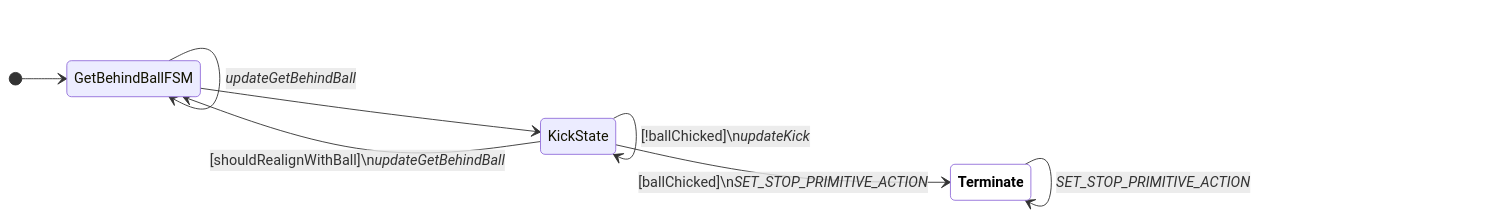
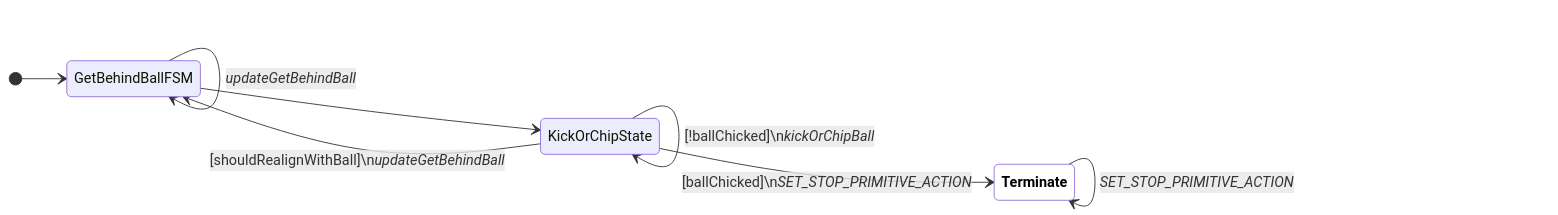
Before and after one commit to UBC-Thunderbots/Software: diagram 25 of 31 in docs/fsm-diagrams.md, drawn with Mermaid. The commit also changed other lines of this file and 46 other files, not shown here.

First line of the commit message:
Combine chip_tactic and kick_tactic (#3624)

````diff
--- a/docs/fsm-diagrams.md
+++ b/docs/fsm-diagrams.md
@@ -434,14 +417,14 @@
 ```mermaid
 
 stateDiagram-v2
 classDef terminate fill:white,color:black,font-weight:bold
 direction LR
 [*] --> GetBehindBallFSM
 GetBehindBallFSM --> GetBehindBallFSM : <i>updateGetBehindBall</i>
-GetBehindBallFSM --> KickState
-KickState --> GetBehindBallFSM : [shouldRealignWithBall]\n<i>updateGetBehindBall</i>
-KickState --> KickState : [!ballChicked]\n<i>updateKick</i>
-KickState --> Terminate:::terminate : [ballChicked]\n<i>SET_STOP_PRIMITIVE_ACTION</i>
+GetBehindBallFSM --> KickOrChipState
+KickOrChipState --> GetBehindBallFSM : [shouldRealignWithBall]\n<i>updateGetBehindBall</i>
+KickOrChipState --> KickOrChipState : [!ballChicked]\n<i>kickOrChipBall</i>
+KickOrChipState --> Terminate:::terminate : [ballChicked]\n<i>SET_STOP_PRIMITIVE_ACTION</i>
 Terminate:::terminate --> Terminate:::terminate : <i>SET_STOP_PRIMITIVE_ACTION</i>
 
 ```
````
